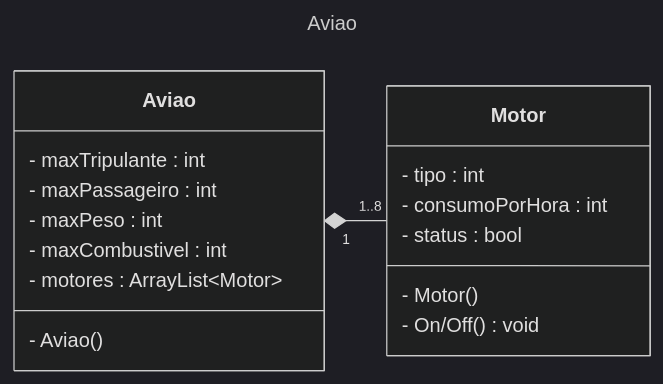
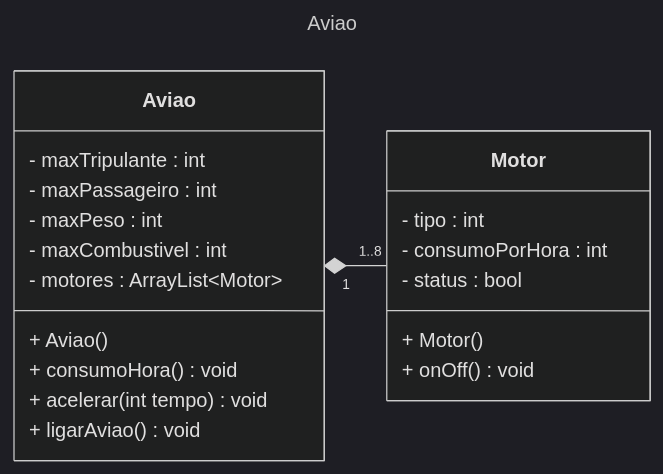
One commit to nicolas4pitz/POO-IFSC changed the diagram in aula-19/aviao.md. Above: the diagram before and after it, drawn with Mermaid (dark theme). The commit also changed 7 other files, not shown here.

````diff
--- a/aula-19/aviao.md
+++ b/aula-19/aviao.md
@@ -1,27 +1,30 @@
 ```mermaid
 ---
 title: Aviao
 ---
 classDiagram
 
     direction LR
 
     Aviao "1" *--  "1..8" Motor
 
     class Aviao{
         - maxTripulante : int
         - maxPassageiro : int
         - maxPeso : int
         - maxCombustivel : int
         - motores : ArrayList~Motor~
-        - Aviao()
+        + Aviao()
+        + consumoHora() void
+        + acelerar(int tempo) void
+        + ligarAviao() void
     }
 
     class Motor{
         - tipo : int
         - consumoPorHora : int
         - status : bool
-        - Motor()
-        - On/Off() void
+        + Motor()
+        + onOff() void
     }
 ```
````
